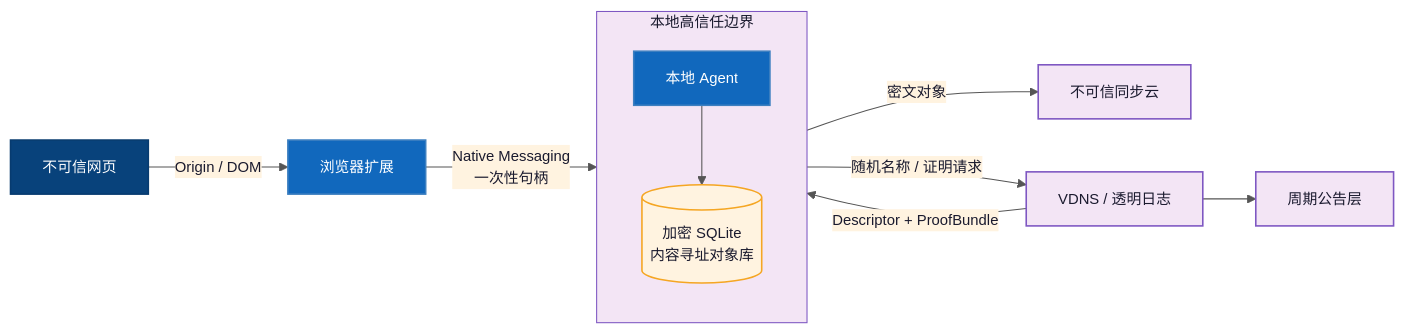
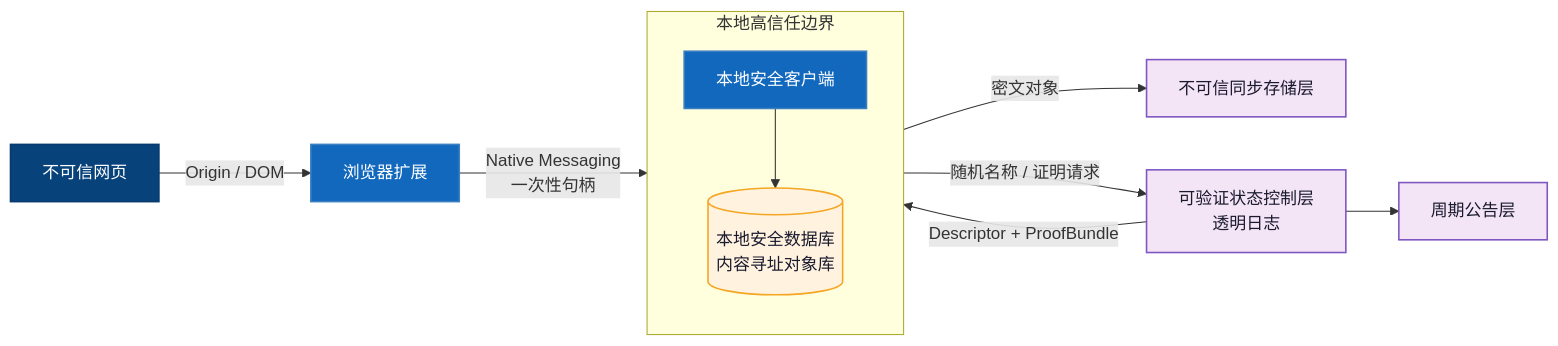
The diagram in docs/diagrams/trust-boundary/source.mmd (lwcyyk/biyesheji), drawn with Mermaid before and after one commit. The commit also changed 247 other files, not shown here.

```diff
--- a/docs/diagrams/trust-boundary/source.mmd
+++ b/docs/diagrams/trust-boundary/source.mmd
@@ -1,41 +1,23 @@
-%%{init: {
-  'theme': 'base',
-  'themeVariables': {
-    'background': '#FAFAFA',
-    'primaryColor': '#EEF4FB',
-    'primaryTextColor': '#1A1A2E',
-    'primaryBorderColor': '#4A90D9',
-    'secondaryColor': '#FFF3E0',
-    'secondaryTextColor': '#1A1A2E',
-    'secondaryBorderColor': '#F5A623',
-    'tertiaryColor': '#F3E5F5',
-    'tertiaryTextColor': '#1A1A2E',
-    'tertiaryBorderColor': '#7E57C2',
-    'lineColor': '#555555',
-    'fontFamily': 'Arial, sans-serif',
-    'fontSize': '14px'
-  }
-}}%%
 flowchart LR
   Web[不可信网页] -->|Origin / DOM| Extension[浏览器扩展]
-  Extension -->|Native Messaging<br/>一次性句柄| Agent[本地 Agent]
+  Extension -->|Native Messaging<br/>一次性句柄| Client[本地安全客户端]
 
   subgraph Local[本地高信任边界]
     direction TB
-    Agent --> Store[(加密 SQLite<br/>内容寻址对象库)]
+    Client --> Store[(本地安全数据库<br/>内容寻址对象库)]
   end
 
-  Agent -->|密文对象| Cloud[不可信同步云]
-  Agent -->|随机名称 / 证明请求| VDNS[VDNS / 透明日志]
-  VDNS --> Anchor[周期公告层]
-  VDNS -->|Descriptor + ProofBundle| Agent
+  Client -->|密文对象| Storage[不可信同步存储层]
+  Client -->|随机名称 / 证明请求| State[可验证状态控制层<br/>透明日志]
+  State --> Anchor[周期公告层]
+  State -->|Descriptor + ProofBundle| Client
 
   class Web person
-  class Extension,Agent service
+  class Extension,Client service
   class Store datastore
-  class Cloud,VDNS,Anchor control
+  class Storage,State,Anchor control
 
   classDef person fill:#08427B,color:#FFFFFF,stroke:#073B6F,stroke-width:1.5px
   classDef service fill:#1168BD,color:#FFFFFF,stroke:#3C7FC0,stroke-width:1.5px
   classDef datastore fill:#FFF3E0,color:#1A1A2E,stroke:#F5A623,stroke-width:1.5px
   classDef control fill:#F3E5F5,color:#1A1A2E,stroke:#7E57C2,stroke-width:1.5px
```
